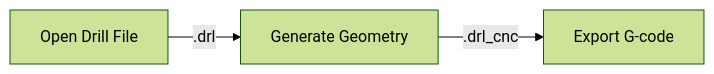
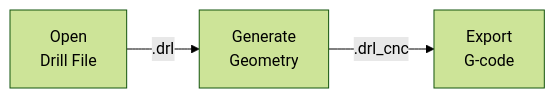
One commit to rahji/pcbmilling changed the diagram in content/docs/flatcam/holes/drilling.md. Above: the diagram before and after it, drawn with Mermaid (forest theme). The commit also changed other lines of this file and 11 other files, not shown here.

```diff
--- a/content/docs/flatcam/holes/drilling.md
+++ b/content/docs/flatcam/holes/drilling.md
@@ -15,5 +14,5 @@
 {{< mermaid >}}
 graph LR
-    A[Open Drill File]-->|.drl|B[Generate Geometry]
-    B-->|.drl_cnc|D[Export G-code]
+    A[Open<br>Drill File]-->|.drl|B[Generate<br>Geometry]
+    B-->|.drl_cnc|D[Export<br>G-code]
 {{< /mermaid >}}
```
